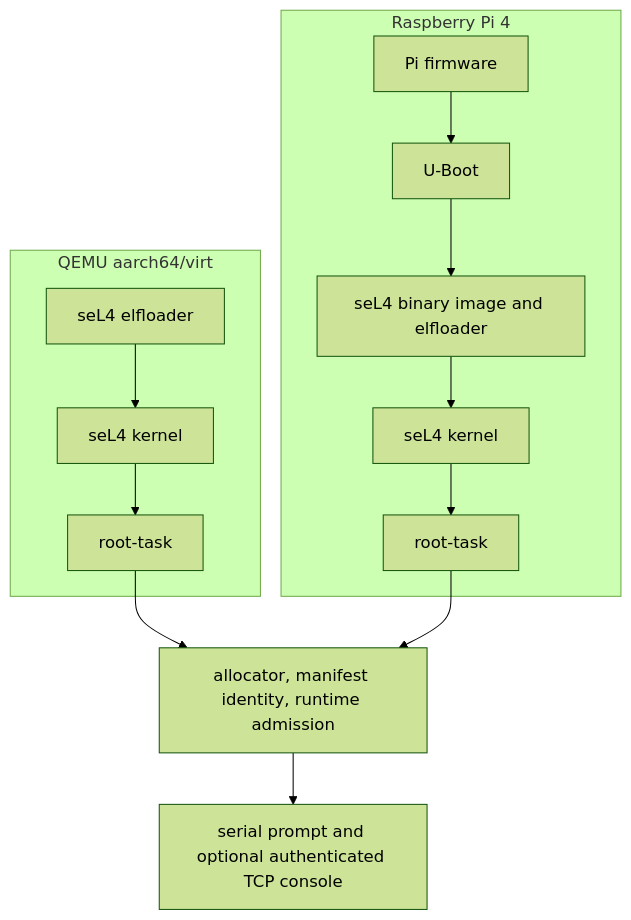
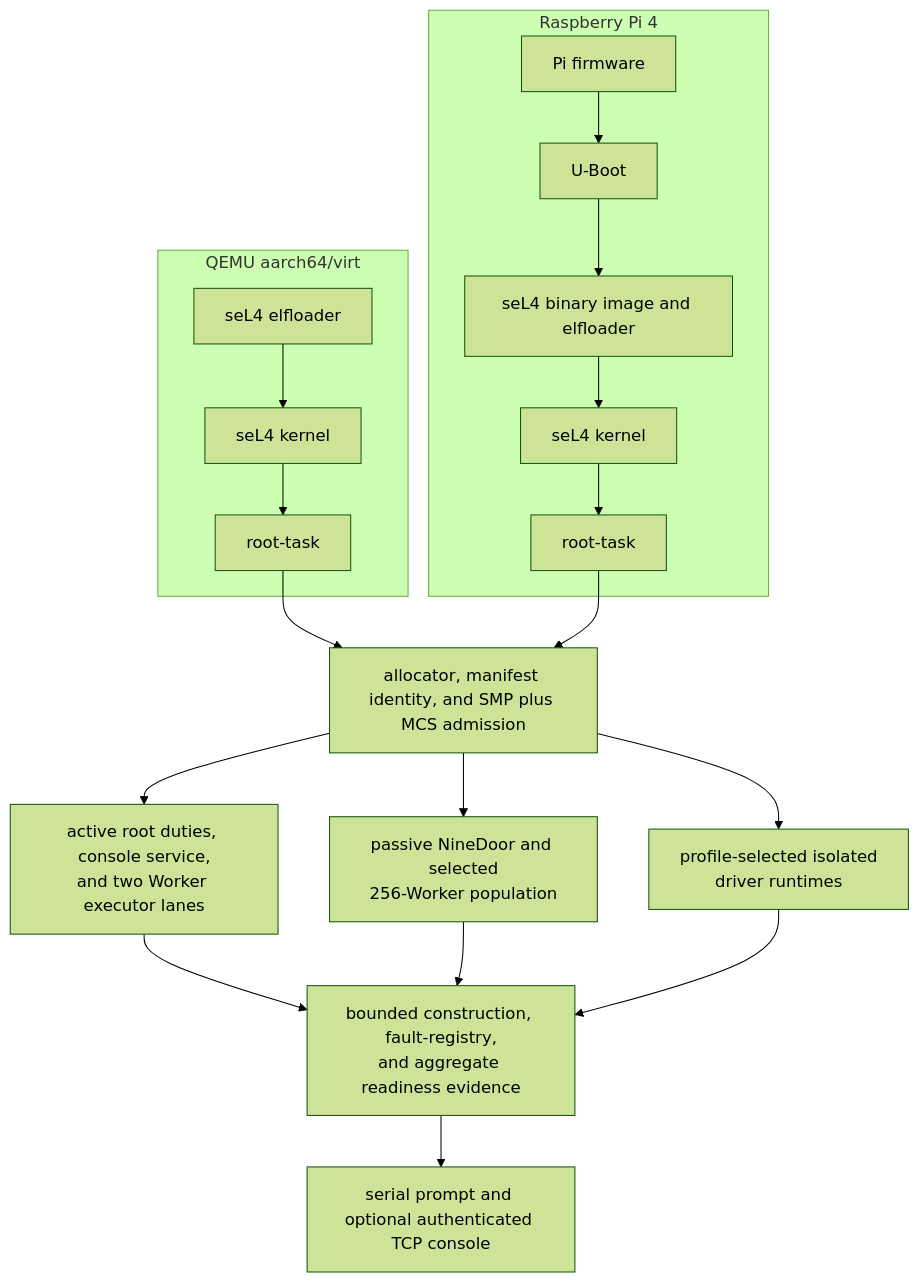
Before and after one commit to lukeb-aidev/cohesix: the diagram in docs/BOOT_REFERENCE.md, drawn with Mermaid (forest theme). The commit also changed 7 other files, not shown here.

Commit message:
docs: align Mermaid diagrams with M26e

````diff
--- a/docs/BOOT_REFERENCE.md
+++ b/docs/BOOT_REFERENCE.md
@@ -18,18 +18,24 @@
 ```mermaid
 flowchart TB
   subgraph Qemu["QEMU aarch64/virt"]
     QElf["seL4 elfloader"] --> QKernel["seL4 kernel"]
     QKernel --> QRoot["root-task"]
   end
 
   subgraph Pi["Raspberry Pi 4"]
     Firmware["Pi firmware"] --> UBoot["U-Boot"]
     UBoot --> PElf["seL4 binary image and elfloader"]
     PElf --> PKernel["seL4 kernel"]
     PKernel --> PRoot["root-task"]
   end
 
-  QRoot --> Common["allocator, manifest identity, runtime admission"]
+  QRoot --> Common["allocator, manifest identity, and SMP plus MCS admission"]
   PRoot --> Common
-  Common --> Console["serial prompt and optional authenticated TCP console"]
+  Common --> Critical["active root duties, console service,\nand two Worker executor lanes"]
+  Common --> Passive["passive NineDoor and selected\n256-Worker population"]
+  Common --> Drivers["profile-selected isolated\ndriver runtimes"]
+  Critical --> Seals["bounded construction, fault-registry,\nand aggregate readiness evidence"]
+  Passive --> Seals
+  Drivers --> Seals
+  Seals --> Console["serial prompt and optional authenticated TCP console"]
 ```
````
